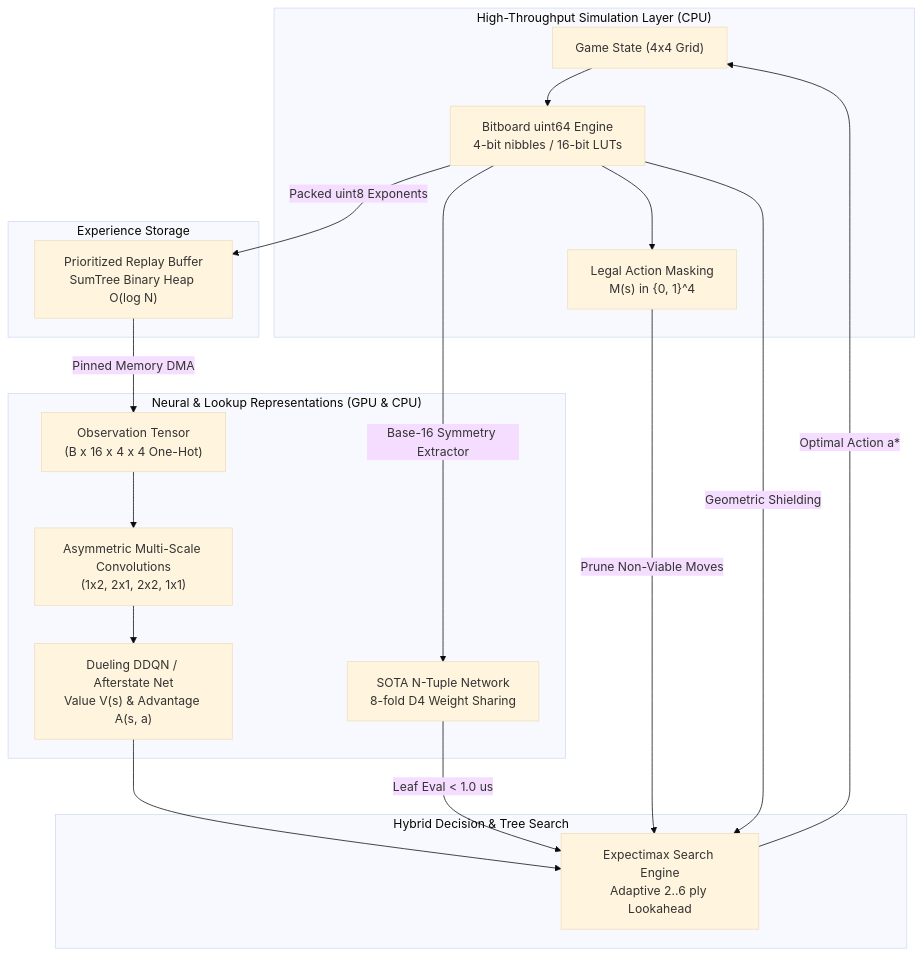
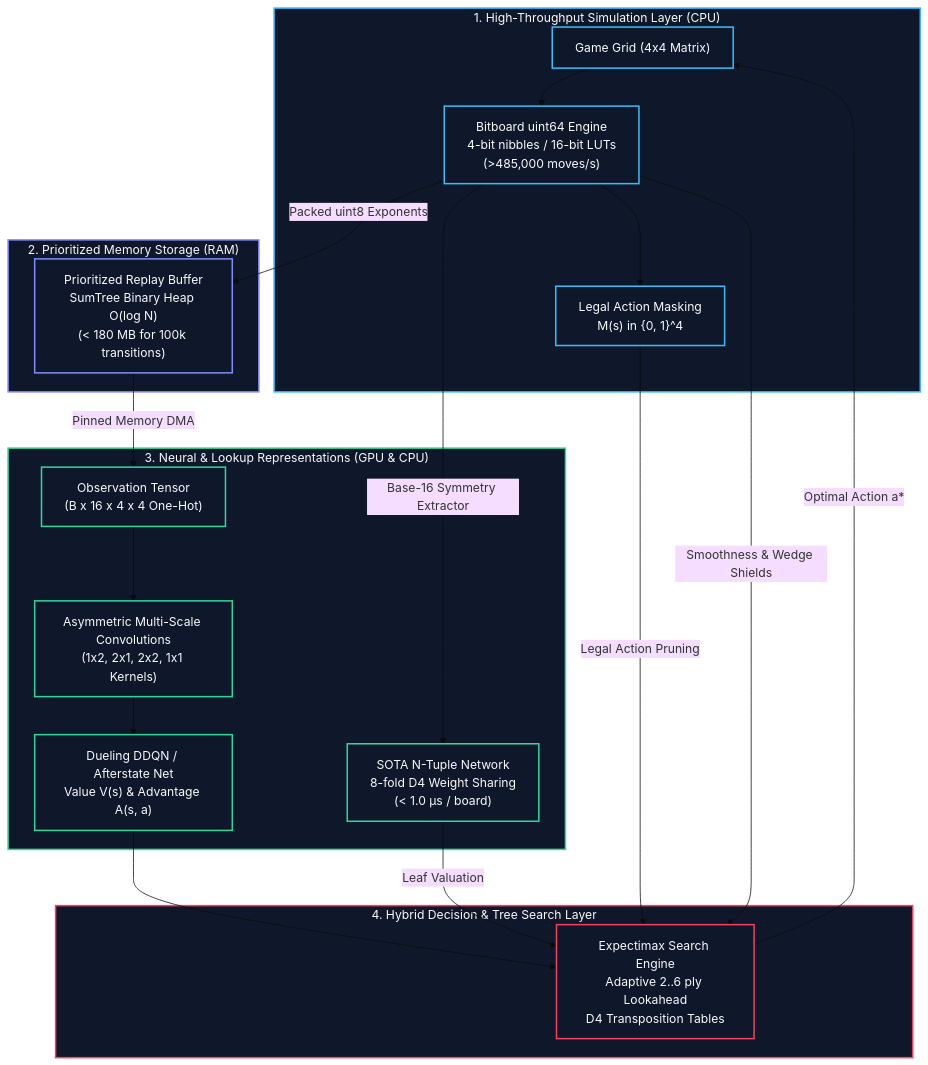
One commit to jorgebd21/Deep-2048-rl changed the diagram in README.md. Above: the diagram before and after it, drawn with Mermaid (base theme). The commit also changed other lines of this file and 2 other files, not shown here.

````diff
--- a/README.md
+++ b/README.md
@@ -25,29 +164,39 @@
 ```mermaid
 flowchart TD
-    subgraph Simulation["High-Throughput Simulation Layer (CPU)"]
-        BoardState["Game State (4x4 Grid)"]
-        Bitboard["Bitboard uint64 Engine<br/>4-bit nibbles / 16-bit LUTs"]
+    %% Styling
+    classDef sim fill:#0f172a,stroke:#38bdf8,stroke-width:2px,color:#f8fafc;
+    classDef mem fill:#0f172a,stroke:#818cf8,stroke-width:2px,color:#f8fafc;
+    classDef dl fill:#0f172a,stroke:#34d399,stroke-width:2px,color:#f8fafc;
+    classDef search fill:#0f172a,stroke:#f43f5e,stroke-width:2px,color:#f8fafc;
+
+    subgraph Simulation["1. High-Throughput Simulation Layer (CPU)"]
+        BoardState["Game Grid (4x4 Matrix)"]
+        Bitboard["Bitboard uint64 Engine<br/>4-bit nibbles / 16-bit LUTs<br/>(>485,000 moves/s)"]
         Mask["Legal Action Masking<br/>M(s) in {0, 1}^4"]
         BoardState --> Bitboard
         Bitboard --> Mask
     end
+    class Simulation,BoardState,Bitboard,Mask sim;
 
-    subgraph Memory["Experience Storage"]
-        Bitboard -->|Packed uint8 Exponents| Buffer["Prioritized Replay Buffer<br/>SumTree Binary Heap O(log N)"]
+    subgraph Memory["2. Prioritized Memory Storage (RAM)"]
+        Bitboard -->|Packed uint8 Exponents| Buffer["Prioritized Replay Buffer<br/>SumTree Binary Heap O(log N)<br/>(< 180 MB for 100k transitions)"]
     end
+    class Memory,Buffer mem;
 
-    subgraph DeepLearning["Neural & Lookup Representations (GPU & CPU)"]
+    subgraph DeepLearning["3. Neural & Lookup Representations (GPU & CPU)"]
         Buffer -->|Pinned Memory DMA| NetInput["Observation Tensor<br/>(B x 16 x 4 x 4 One-Hot)"]
-        NetInput --> AsymmConv["Asymmetric Multi-Scale Convolutions<br/>(1x2, 2x1, 2x2, 1x1)"]
+        NetInput --> AsymmConv["Asymmetric Multi-Scale Convolutions<br/>(1x2, 2x1, 2x2, 1x1 Kernels)"]
         AsymmConv --> DuelingNet["Dueling DDQN / Afterstate Net<br/>Value V(s) & Advantage A(s, a)"]
-        Bitboard -->|Base-16 Symmetry Extractor| NTuple["SOTA N-Tuple Network<br/>8-fold D4 Weight Sharing"]
+        Bitboard -->|Base-16 Symmetry Extractor| NTuple["SOTA N-Tuple Network<br/>8-fold D4 Weight Sharing<br/>(< 1.0 µs / board)"]
     end
+    class DeepLearning,NetInput,AsymmConv,DuelingNet,NTuple dl;
 
-    subgraph DecisionSearch["Hybrid Decision & Tree Search"]
-        DuelingNet --> Search["Expectimax Search Engine<br/>Adaptive 2..6 ply Lookahead"]
-        NTuple -->|Leaf Eval < 1.0 us| Search
-        Mask -->|Prune Non-Viable Moves| Search
-        Bitboard -->|Geometric Shielding| Search
-        Search -->|Optimal Action a*| BoardState
+    subgraph DecisionSearch["4. Hybrid Decision & Tree Search Layer"]
+        DuelingNet --> SearchEngine["Expectimax Search Engine<br/>Adaptive 2..6 ply Lookahead<br/>D4 Transposition Tables"]
+        NTuple -->|Leaf Valuation| SearchEngine
+        Mask -->|Legal Action Pruning| SearchEngine
+        Bitboard -->|Smoothness & Wedge Shields| SearchEngine
+        SearchEngine -->|Optimal Action a*| BoardState
     end
+    class DecisionSearch,SearchEngine search;
 ```
````
